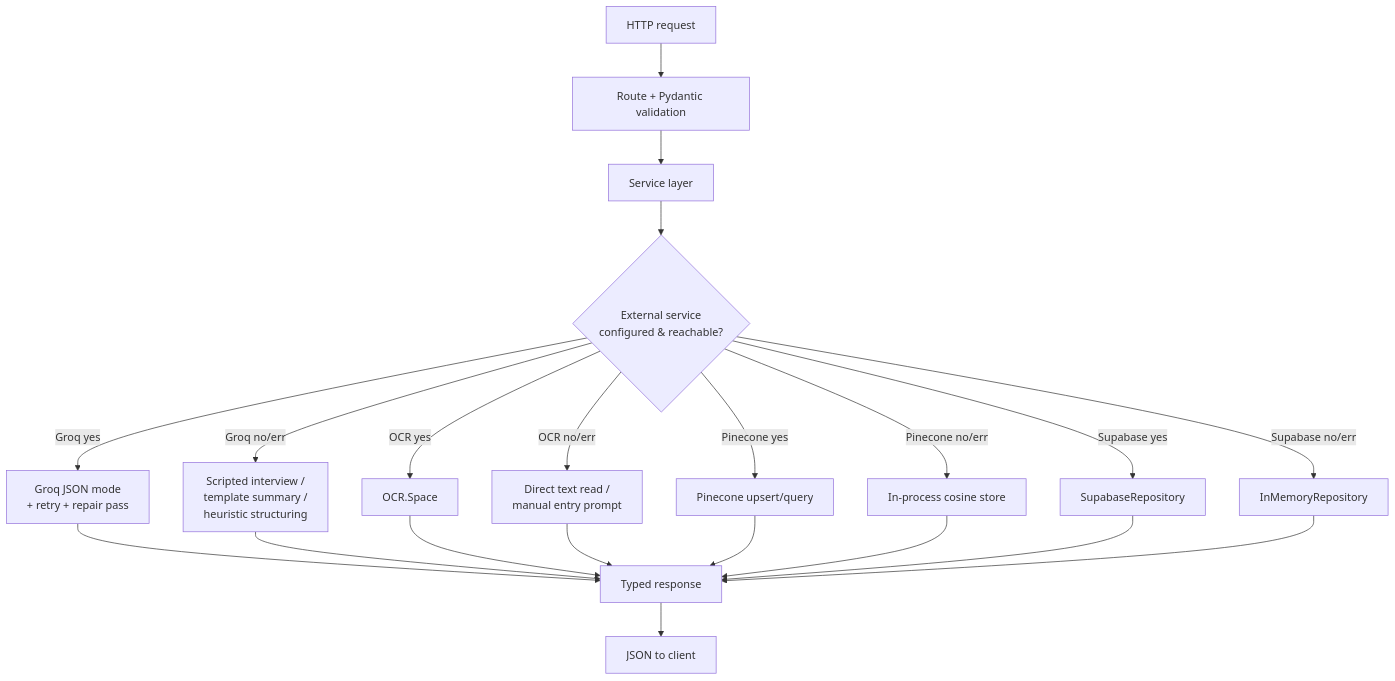
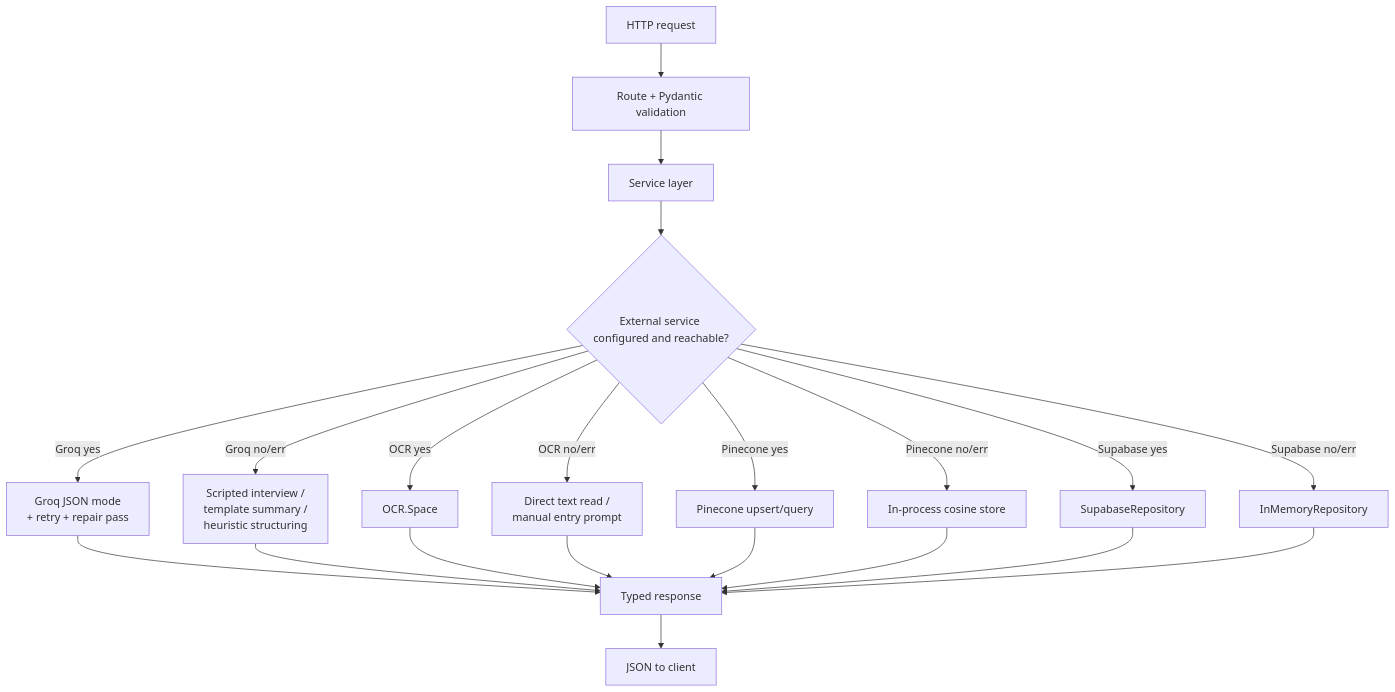
Before and after one commit to hsachan295-source/MACI-AI-Clinical-Intake: the fifth of 10 diagrams in docs/ARCHITECTURE.md, drawn with Mermaid. The commit also changed other lines of this file, not shown here.

````diff
--- a/docs/ARCHITECTURE.md
+++ b/docs/ARCHITECTURE.md
@@ -196,21 +196,21 @@
 ```mermaid
 flowchart TD
     REQ[HTTP request] --> RT[Route + Pydantic validation]
     RT --> SVC[Service layer]
-    SVC --> DET{External service<br/>configured & reachable?}
+    SVC --> DET{External service configured and reachable?}
 
     DET -- Groq yes --> G1[Groq JSON mode<br/>+ retry + repair pass]
     DET -- Groq no/err --> G2[Scripted interview /<br/>template summary /<br/>heuristic structuring]
 
     DET -- OCR yes --> O1[OCR.Space]
     DET -- OCR no/err --> O2[Direct text read /<br/>manual entry prompt]
 
     DET -- Pinecone yes --> P1[Pinecone upsert/query]
     DET -- Pinecone no/err --> P2[In-process cosine store]
 
     DET -- Supabase yes --> S1[SupabaseRepository]
     DET -- Supabase no/err --> S2[InMemoryRepository]
 
     G1 & G2 & O1 & O2 & P1 & P2 & S1 & S2 --> RESP[Typed response]
     RESP --> OUT[JSON to client]
 ```
````
